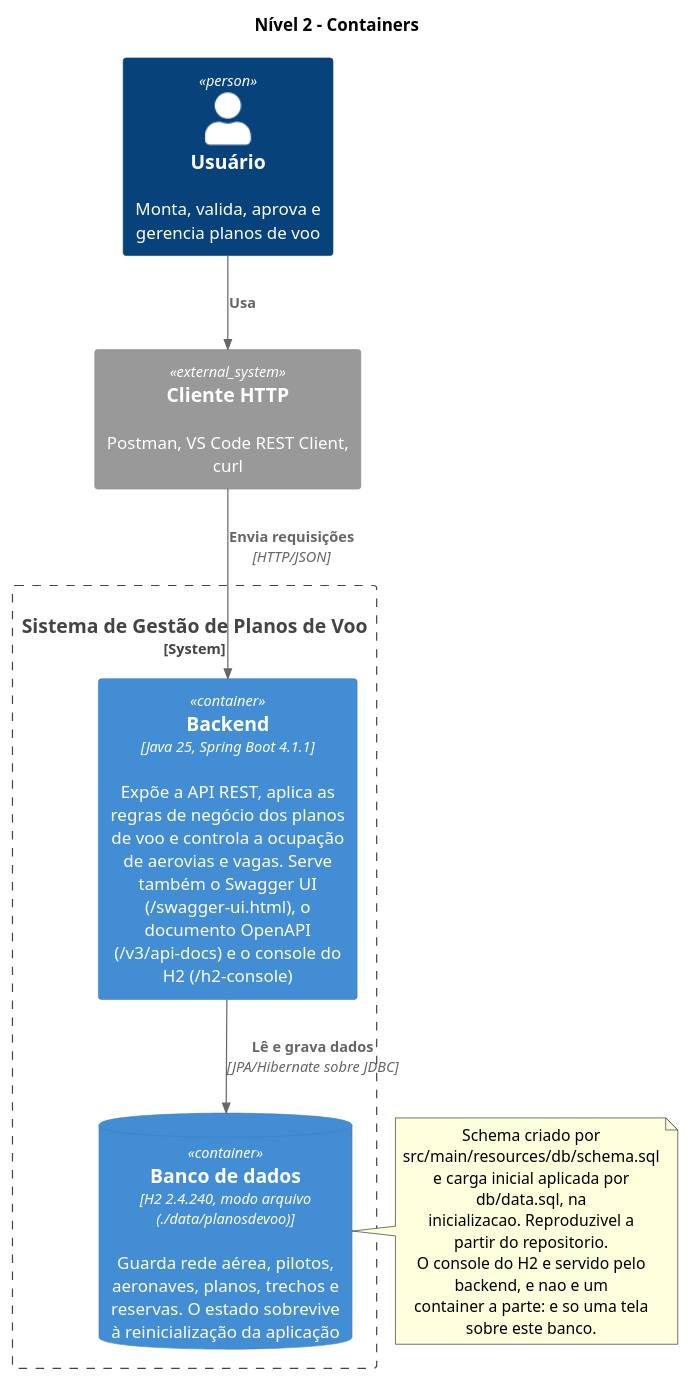
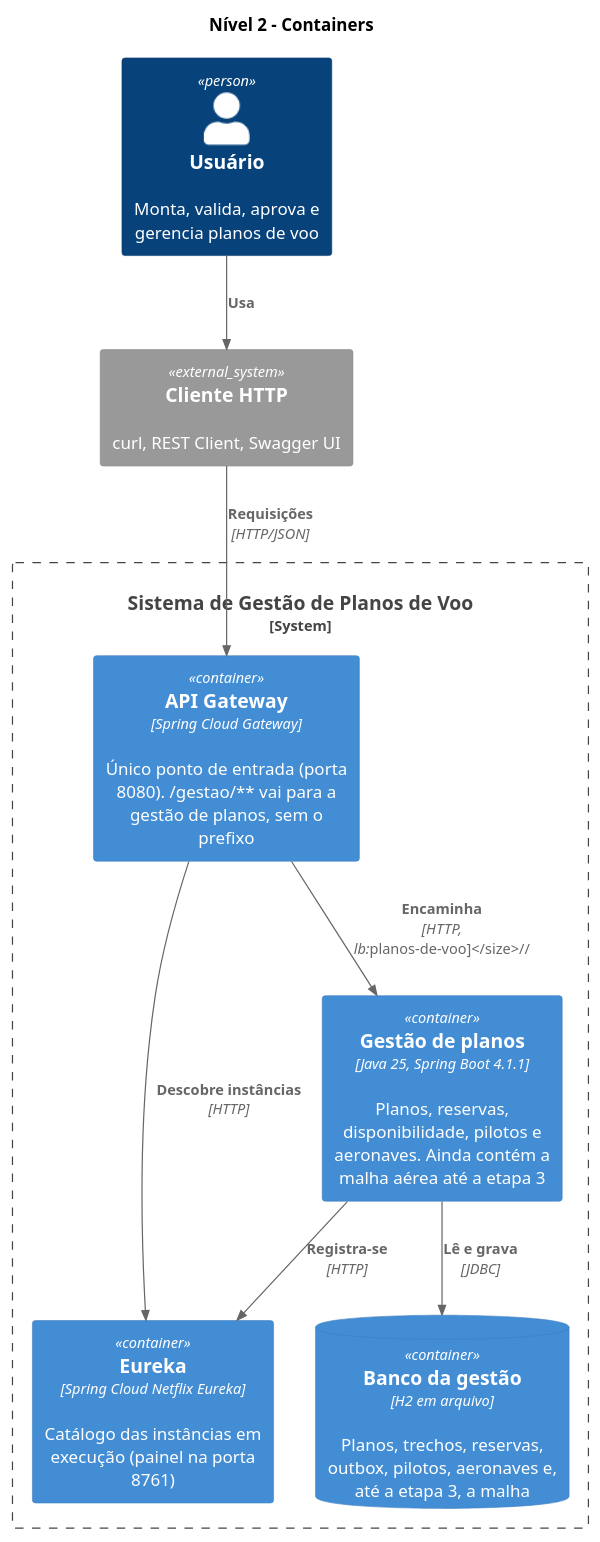
The diagram in docs/arquitetura/c4-containers.puml (antoniocosta0/trabalho-projaq), drawn with PlantUML before and after one commit. The commit also changed 5 other files, not shown here.

```diff
--- a/docs/arquitetura/c4-containers.puml
+++ b/docs/arquitetura/c4-containers.puml
@@ -1,26 +1,23 @@
 @startuml
 !include <C4/C4_Container>
 
 title Nível 2 - Containers
 
 Person(usuario, "Usuário", "Monta, valida, aprova e gerencia planos de voo")
-System_Ext(cliente, "Cliente HTTP", "Postman, VS Code REST Client, curl")
+System_Ext(cliente, "Cliente HTTP", "curl, REST Client, Swagger UI")
 
 System_Boundary(sistema, "Sistema de Gestão de Planos de Voo") {
-  Container(api, "Backend", "Java 25, Spring Boot 4.1.1", "Expõe a API REST, aplica as regras de negócio dos planos de voo e controla a ocupação de aerovias e vagas. Serve também o Swagger UI (/swagger-ui.html), o documento OpenAPI (/v3/api-docs) e o console do H2 (/h2-console)")
-  ContainerDb(banco, "Banco de dados", "H2 2.4.240, modo arquivo (./data/planosdevoo)", "Guarda rede aérea, pilotos, aeronaves, planos, trechos e reservas. O estado sobrevive à reinicialização da aplicação")
+  Container(gateway, "API Gateway", "Spring Cloud Gateway", "Único ponto de entrada (porta 8080). /gestao/** vai para a gestão de planos, sem o prefixo")
+  Container(eureka, "Eureka", "Spring Cloud Netflix Eureka", "Catálogo das instâncias em execução (painel na porta 8761)")
+  Container(api, "Gestão de planos", "Java 25, Spring Boot 4.1.1", "Planos, reservas, disponibilidade, pilotos e aeronaves. Ainda contém a malha aérea até a etapa 3")
+  ContainerDb(banco, "Banco da gestão", "H2 em arquivo", "Planos, trechos, reservas, outbox, pilotos, aeronaves e, até a etapa 3, a malha")
 }
 
 Rel(usuario, cliente, "Usa")
-Rel(cliente, api, "Envia requisições", "HTTP/JSON")
-Rel(api, banco, "Lê e grava dados", "JPA/Hibernate sobre JDBC")
-
-note right of banco
-  Schema criado por src/main/resources/db/schema.sql
-  e carga inicial aplicada por db/data.sql, na
-  inicializacao. Reproduzivel a partir do repositorio.
-  O console do H2 e servido pelo backend, e nao e um
-  container a parte: e so uma tela sobre este banco.
-end note
+Rel(cliente, gateway, "Requisições", "HTTP/JSON")
+Rel(gateway, api, "Encaminha", "HTTP, lb://planos-de-voo")
+Rel(gateway, eureka, "Descobre instâncias", "HTTP")
+Rel(api, eureka, "Registra-se", "HTTP")
+Rel(api, banco, "Lê e grava", "JDBC")
 
 @enduml
```
